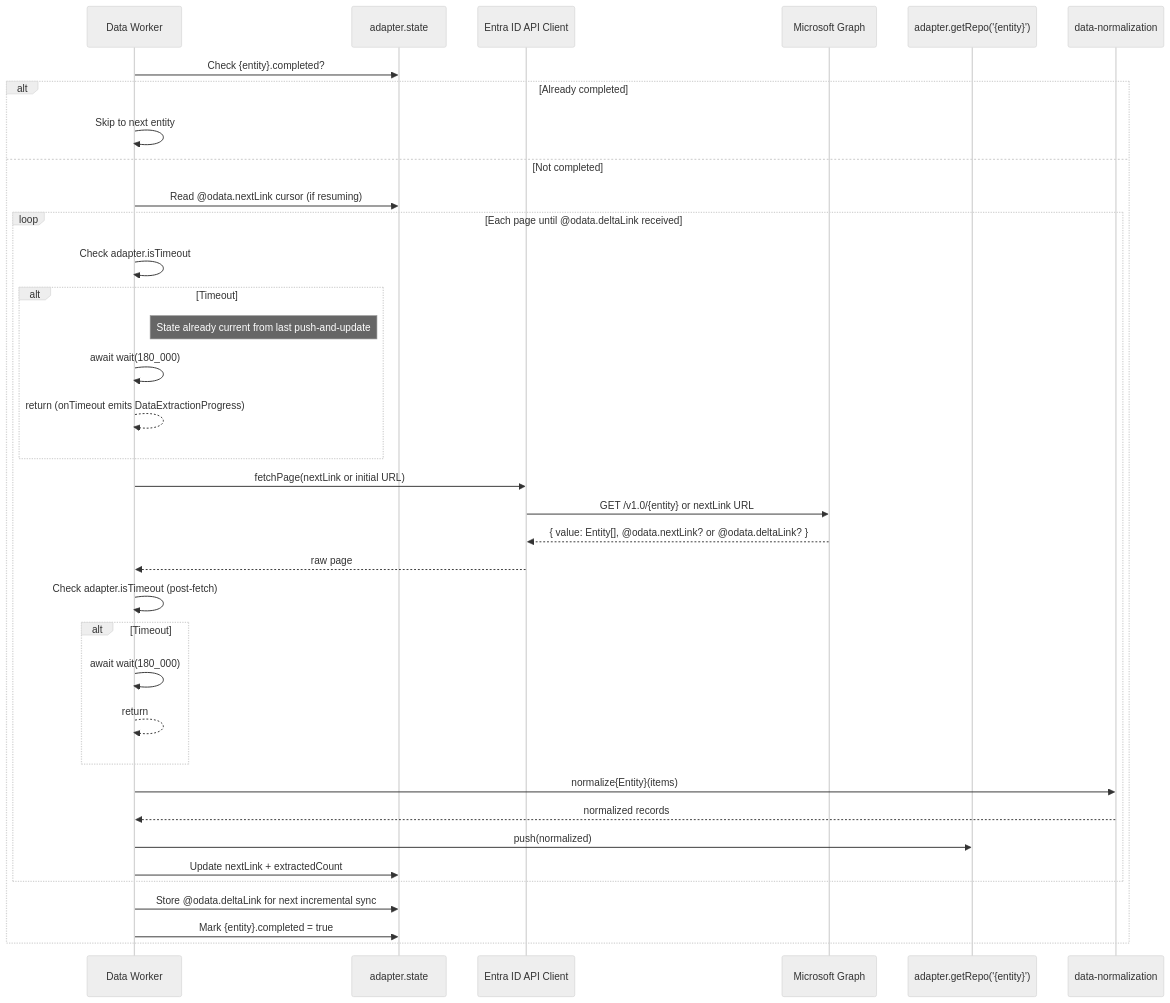
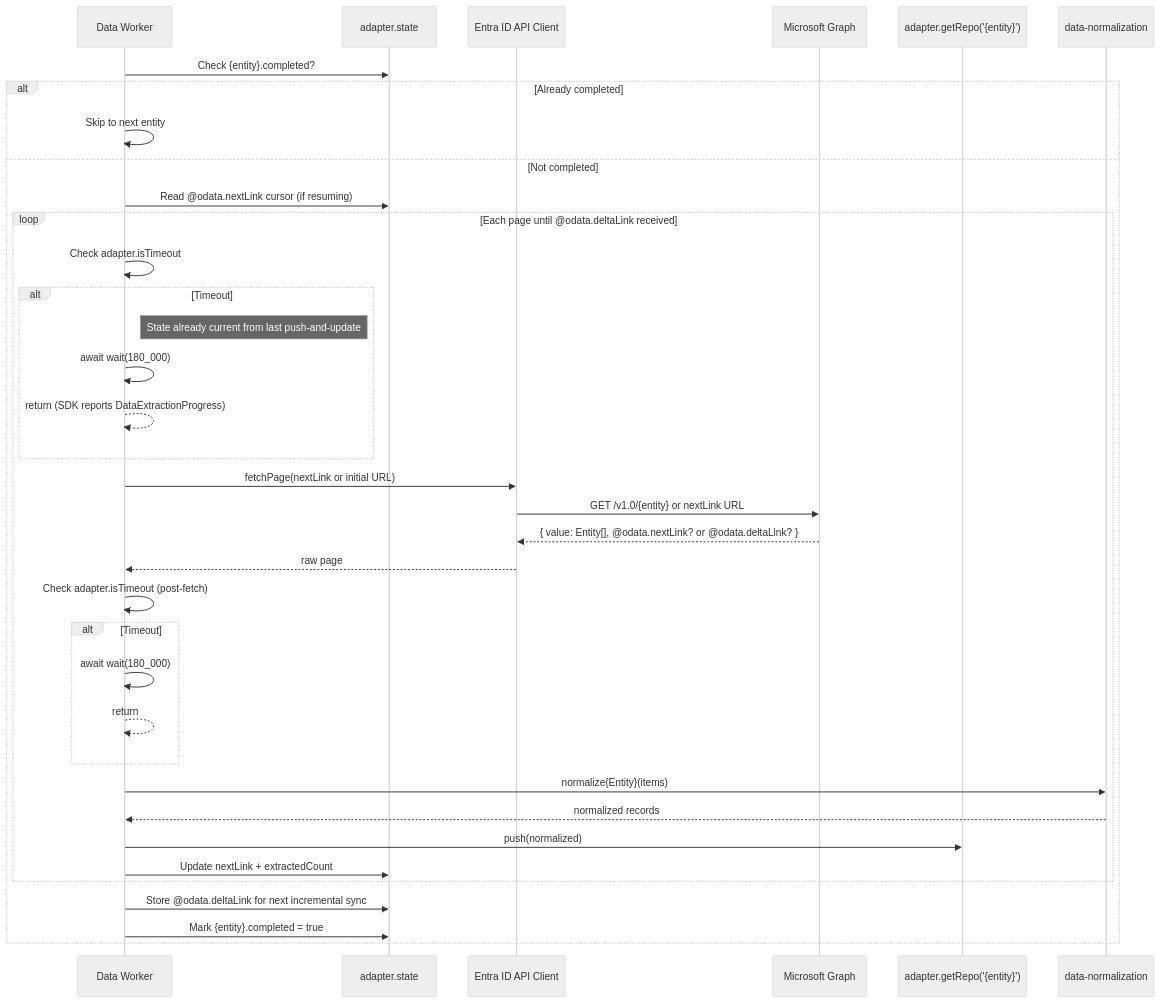
One commit to DevRev-Labs/airsync-azure-entra-id-snap-in changed the third of 5 diagrams in TECHNICAL_DESIGN_DOC.md. Above: the diagram before and after it, drawn with Mermaid (neutral theme). The commit also changed other lines of this file and 28 other files, not shown here.

````diff
--- a/TECHNICAL_DESIGN_DOC.md
+++ b/TECHNICAL_DESIGN_DOC.md
@@ -433,39 +433,39 @@
 ```mermaid
 sequenceDiagram
     participant DW as Data Worker
     participant State as adapter.state
     participant API as Entra ID API Client
     participant Ext as Microsoft Graph
     participant Repo as adapter.getRepo('{entity}')
     participant Norm as data-normalization
 
     DW->>State: Check {entity}.completed?
     alt Already completed
         DW->>DW: Skip to next entity
     else Not completed
         DW->>State: Read @odata.nextLink cursor (if resuming)
         loop Each page until @odata.deltaLink received
             DW->>DW: Check adapter.isTimeout
             alt Timeout
                 Note right of DW: State already current from last push-and-update
                 DW->>DW: await wait(180_000)
-                DW-->>DW: return (onTimeout emits DataExtractionProgress)
+                DW-->>DW: return (SDK reports DataExtractionProgress)
             end
             DW->>API: fetchPage(nextLink or initial URL)
             API->>Ext: GET /v1.0/{entity} or nextLink URL
             Ext-->>API: { value: Entity[], @odata.nextLink? or @odata.deltaLink? }
             API-->>DW: raw page
             DW->>DW: Check adapter.isTimeout (post-fetch)
             alt Timeout
                 DW->>DW: await wait(180_000)
                 DW-->>DW: return
             end
             DW->>Norm: normalize{Entity}(items)
             Norm-->>DW: normalized records
             DW->>Repo: push(normalized)
             DW->>State: Update nextLink + extractedCount
         end
         DW->>State: Store @odata.deltaLink for next incremental sync
         DW->>State: Mark {entity}.completed = true
     end
 ```
````
